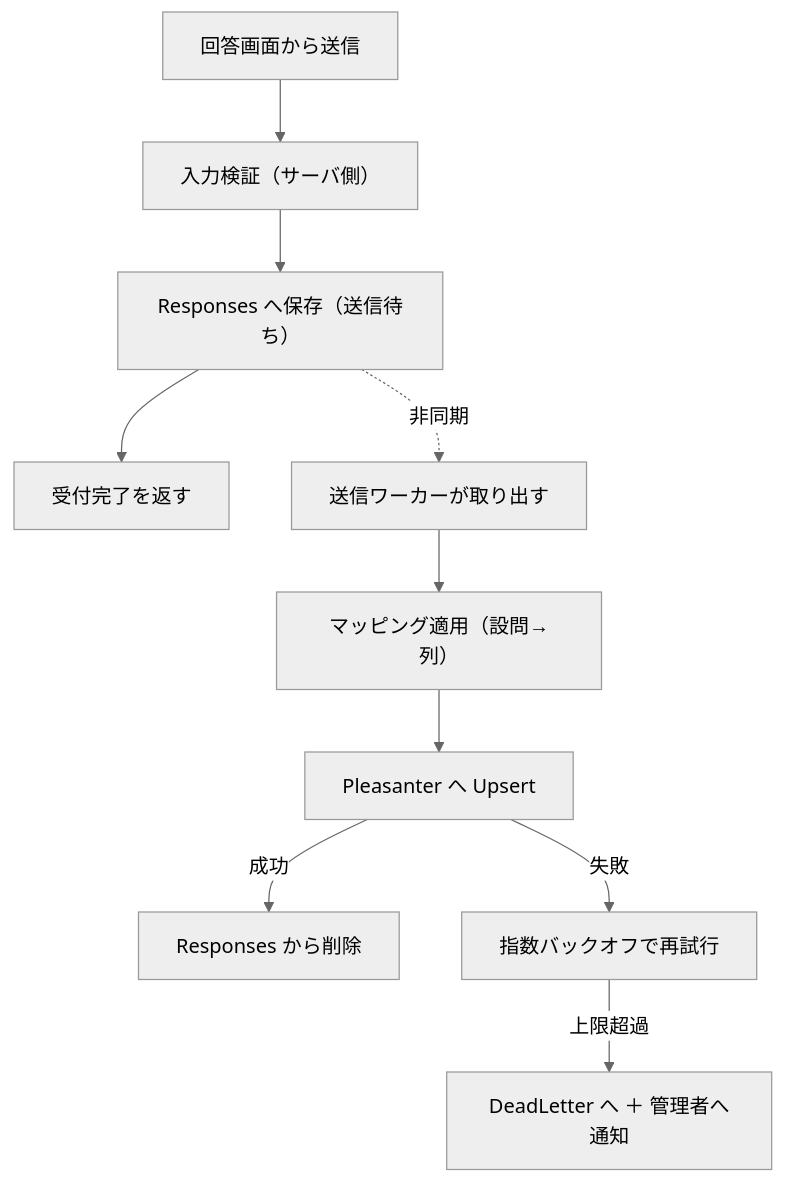
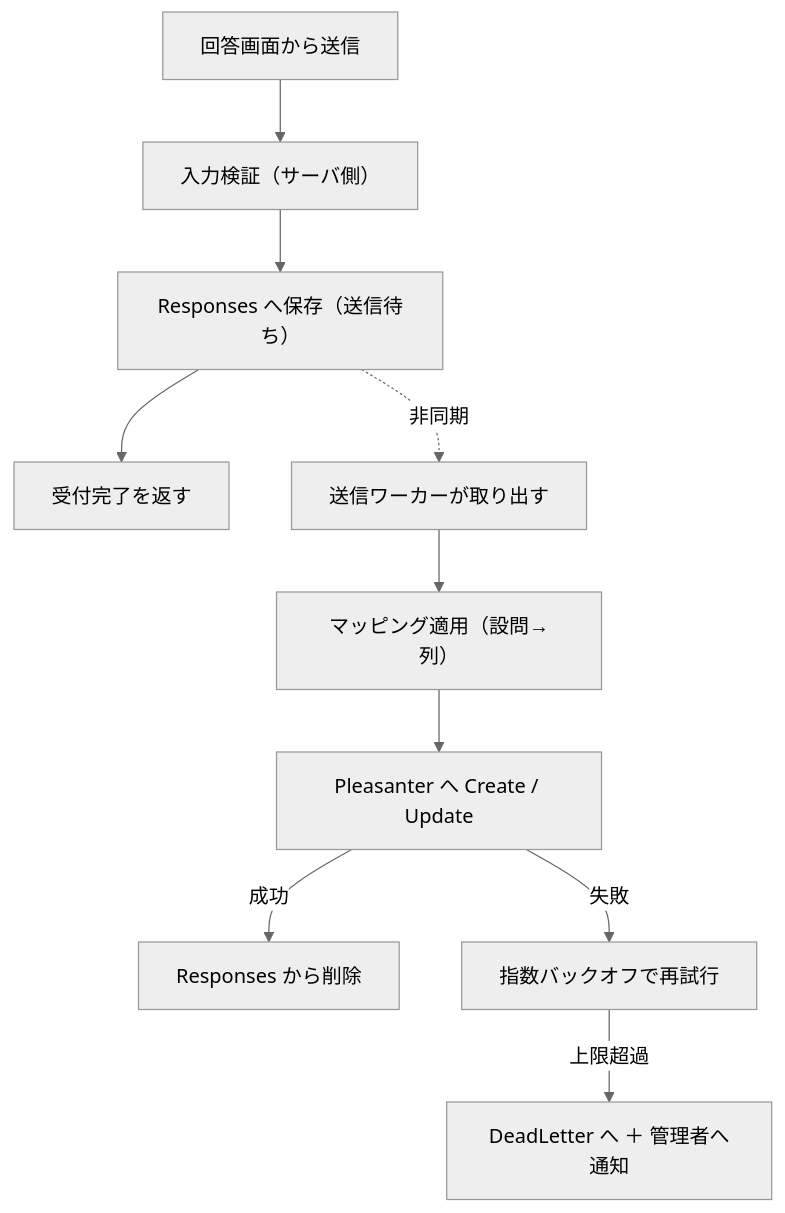
The diagram in _documents/アプリケーション設計.md (vehiclevisionjp/VehicleVision.PleasanterTools.Questionnaire), drawn with Mermaid (neutral theme) before and after one commit. The commit also changed other lines of this file and 6 other files, not shown here.

````diff
--- a/_documents/アプリケーション設計.md
+++ b/_documents/アプリケーション設計.md
@@ -23,12 +23,12 @@
 ```mermaid
 flowchart TB
     A["回答画面から送信"] --> B["入力検証（サーバ側）"]
     B --> C["Responses へ保存（送信待ち）"]
     C --> D["受付完了を返す"]
     C -.->|"非同期"| E["送信ワーカーが取り出す"]
     E --> F["マッピング適用（設問→列）"]
-    F --> G["Pleasanter へ Upsert"]
+    F --> G["Pleasanter へ Create / Update"]
     G -->|"成功"| H["Responses から削除"]
     G -->|"失敗"| I["指数バックオフで再試行"]
     I -->|"上限超過"| J["DeadLetter へ ＋ 管理者へ通知"]
 ```
````
